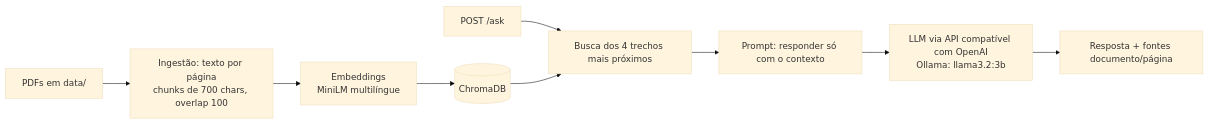
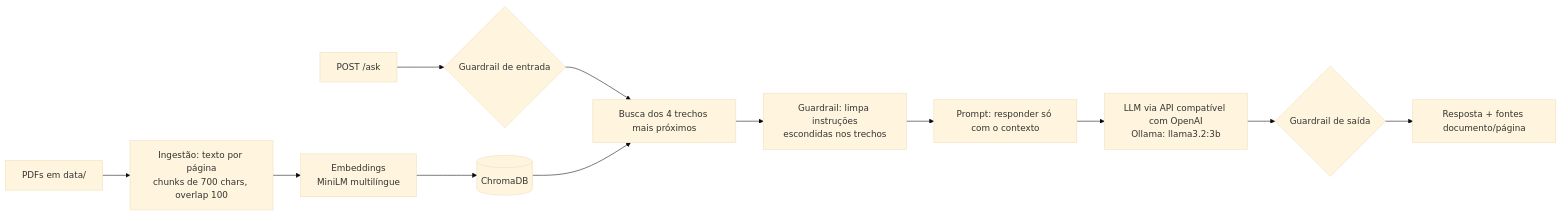
Before and after one commit to SergioJr06/rag-seguro-docs: the diagram in README.md, drawn with Mermaid (base theme). The commit also changed other lines of this file and 3 other files, not shown here.

````diff
--- a/README.md
+++ b/README.md
@@ -10,11 +23,14 @@
 ```mermaid
 flowchart LR
     A[PDFs em data/] --> B[Ingestão: texto por página<br/>chunks de 700 chars, overlap 100]
     B --> C[Embeddings<br/>MiniLM multilíngue]
     C --> D[(ChromaDB)]
-    E[POST /ask] --> F[Busca dos 4 trechos mais próximos]
+    E[POST /ask] --> X{Guardrail de entrada}
+    X --> F[Busca dos 4 trechos mais próximos]
     D --> F
-    F --> G[Prompt: responder só com o contexto]
+    F --> L[Guardrail: limpa instruções<br/>escondidas nos trechos]
+    L --> G[Prompt: responder só com o contexto]
     G --> H[LLM via API compatível com OpenAI<br/>Ollama: llama3.2:3b]
-    H --> I[Resposta + fontes documento/página]
+    H --> S{Guardrail de saída}
+    S --> I[Resposta + fontes documento/página]
 ```
````
